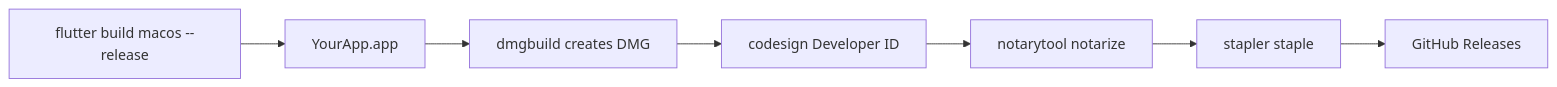
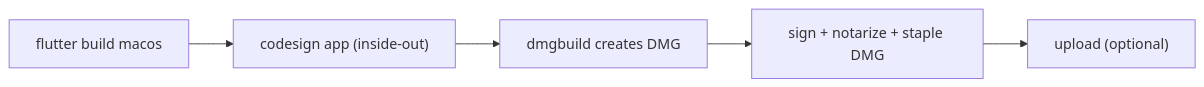
The diagram in docs/posts/how-to-build-a-signed-and-notarized-macos-dmg-on-flutter.md (huynguyennovem/huynguyennovem.github.io), drawn with Mermaid before and after one commit. The commit also changed other lines of this file and 10 other files, not shown here.

Commit message:
add flutter  macos dmg post

````diff
--- a/docs/posts/how-to-build-a-signed-and-notarized-macos-dmg-on-flutter.md
+++ b/docs/posts/how-to-build-a-signed-and-notarized-macos-dmg-on-flutter.md
@@ -18,9 +18,7 @@
 ```mermaid
 flowchart LR
-  build["flutter build macos --release"] --> app["YourApp.app"]
-  app --> dmgPkg["dmgbuild creates DMG"]
-  dmgPkg --> sign["codesign Developer ID"]
-  sign --> notary["notarytool notarize"]
-  notary --> staple["stapler staple"]
-  staple --> github["GitHub Releases"]
+  build["flutter build macos"] --> sign["codesign app (inside-out)"]
+  sign --> dmg["dmgbuild creates DMG"]
+  dmg --> notarize["sign + notarize + staple DMG"]
+  notarize --> upload["upload (optional)"]
 ```
````
